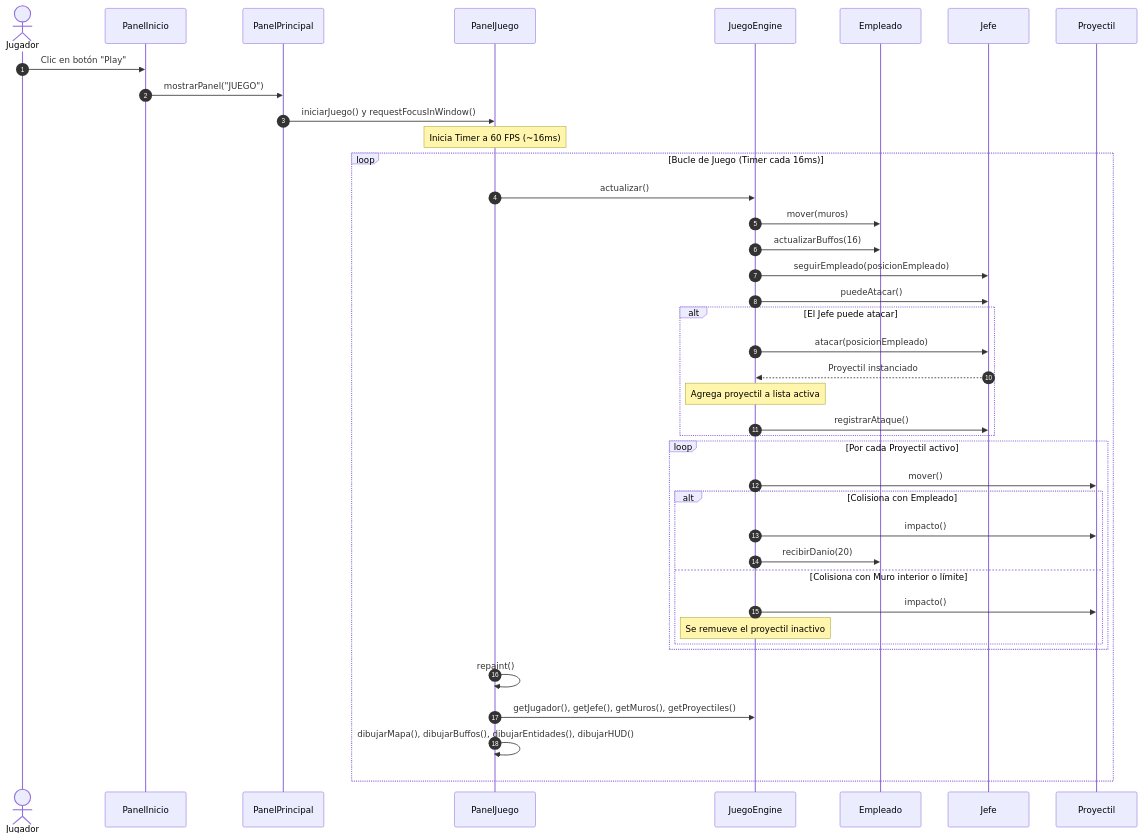
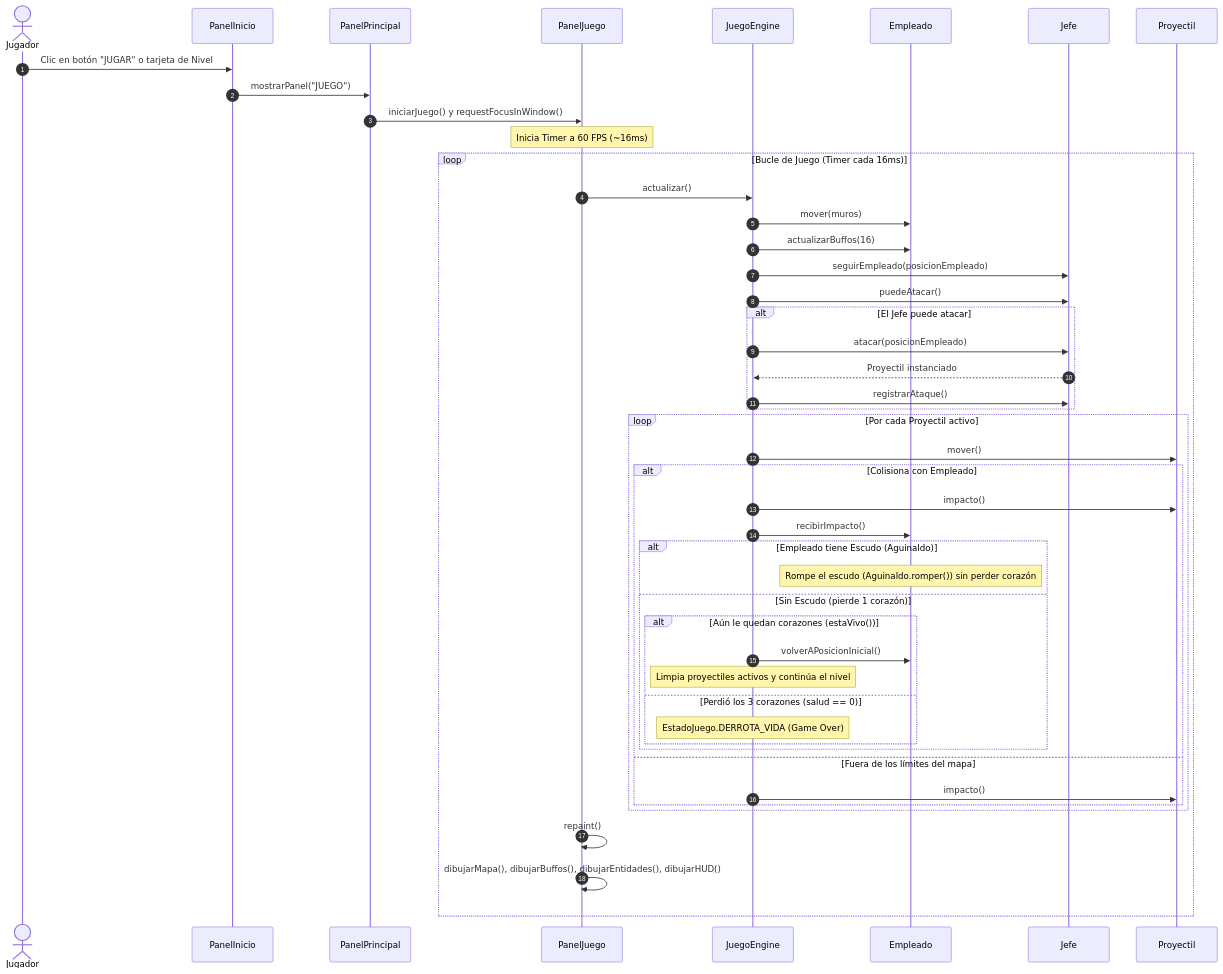
Before and after one commit to EspondaEmiliano/El-One-Piece-POO: the third of 3 diagrams in docs/README.md, drawn with Mermaid. The commit also changed other lines of this file and 2 other files, not shown here.

Commit message:
docs: actualizar memoria técnica en LaTeX, README con diagramas UML y bitácora

````diff
--- a/docs/README.md
+++ b/docs/README.md
@@ -420,54 +451,61 @@
 ```mermaid
 sequenceDiagram
     autonumber
     actor Jugador
     participant PI as PanelInicio
     participant PP as PanelPrincipal
     participant PJ as PanelJuego
     participant JE as JuegoEngine
     participant E as Empleado
     participant J as Jefe
     participant P as Proyectil
 
     %% 1. Inicio de partida
-    Jugador->>PI: Clic en botón "Play"
+    Jugador->>PI: Clic en botón "JUGAR" o tarjeta de Nivel
     PI->>PP: mostrarPanel("JUEGO")
     PP->>PJ: iniciarJuego() y requestFocusInWindow()
     Note over PJ: Inicia Timer a 60 FPS (~16ms)
 
     %% 2. Ciclo de actualización (Game Loop)
     loop Bucle de Juego (Timer cada 16ms)
         PJ->>JE: actualizar()
         
         %% Movimiento Empleado
         JE->>E: mover(muros)
         JE->>E: actualizarBuffos(16)
         
         %% Jefe e IA
         JE->>J: seguirEmpleado(posicionEmpleado)
         JE->>J: puedeAtacar()
         alt El Jefe puede atacar
             JE->>J: atacar(posicionEmpleado)
             J-->>JE: Proyectil instanciado
-            Note over JE: Agrega proyectil a lista activa
             JE->>J: registrarAtaque()
         end
 
         %% Balística y Colisiones
         loop Por cada Proyectil activo
             JE->>P: mover()
             alt Colisiona con Empleado
                 JE->>P: impacto()
-                JE->>E: recibirDanio(20)
-            else Colisiona con Muro interior o límite
+                JE->>E: recibirImpacto()
+                alt Empleado tiene Escudo (Aguinaldo)
+                    Note over E: Rompe el escudo (Aguinaldo.romper()) sin perder corazón
+                else Sin Escudo (pierde 1 corazón)
+                    alt Aún le quedan corazones (estaVivo())
+                        JE->>E: volverAPosicionInicial()
+                        Note over JE: Limpia proyectiles activos y continúa el nivel
+                    else Perdió los 3 corazones (salud == 0)
+                        Note over JE: EstadoJuego.DERROTA_VIDA (Game Over)
+                    end
+                end
+            else Fuera de los límites del mapa
                 JE->>P: impacto()
-                Note over JE: Se remueve el proyectil inactivo
             end
         end
 
         %% 3. Redibujado en pantalla
         PJ->>PJ: repaint()
-        PJ->>JE: getJugador(), getJefe(), getMuros(), getProyectiles()
         PJ->>PJ: dibujarMapa(), dibujarBuffos(), dibujarEntidades(), dibujarHUD()
     end
 ```
````
